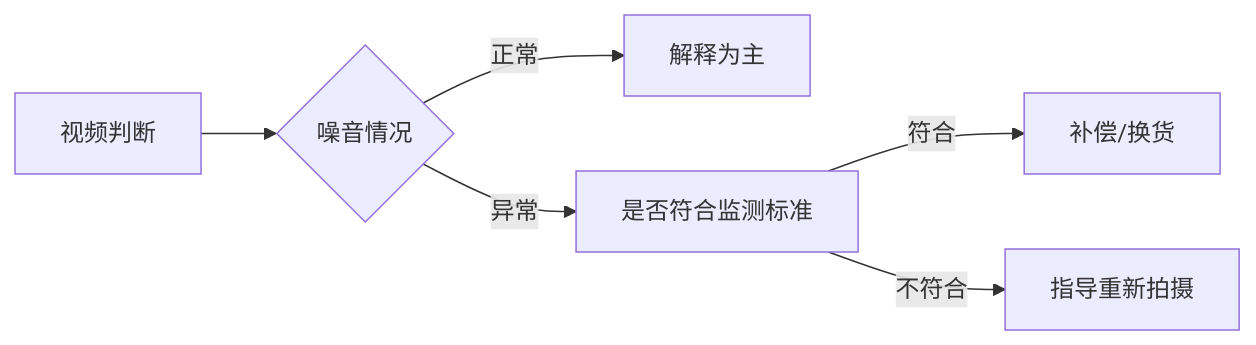
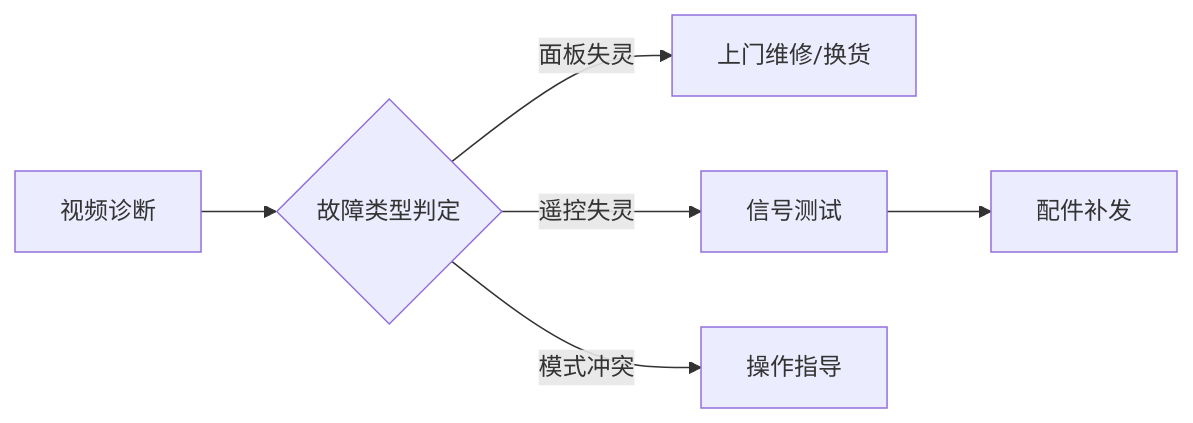
The eighth of 11 diagrams in 志高移动空调/售后/售后指南.md (mnjun9527/Maitu), drawn with Mermaid before and after one commit. The commit also changed other lines of this file and 5 other files, not shown here.

````diff
--- a/志高移动空调/售后/售后指南.md
+++ b/志高移动空调/售后/售后指南.md
@@ -217,8 +503,8 @@
-```mermaid
+``` mermaid
 graph LR
-    A[视频判断] --> B{噪音情况}
-    B -->|正常| C[解释为主]
-    B -->|异常| D[是否符合监测标准]
-    D -->|符合| F[补偿/换货]
-    D -->|不符合| G[指导重新拍摄]
+    A[视频诊断] --> B{故障类型判定}
+    B -->|面板失灵| C[上门维修/换货]
+    B -->|遥控失灵| D[信号测试]
+    B -->|模式冲突| E[操作指导]
+    D --> G[配件补发]
 ```
````
